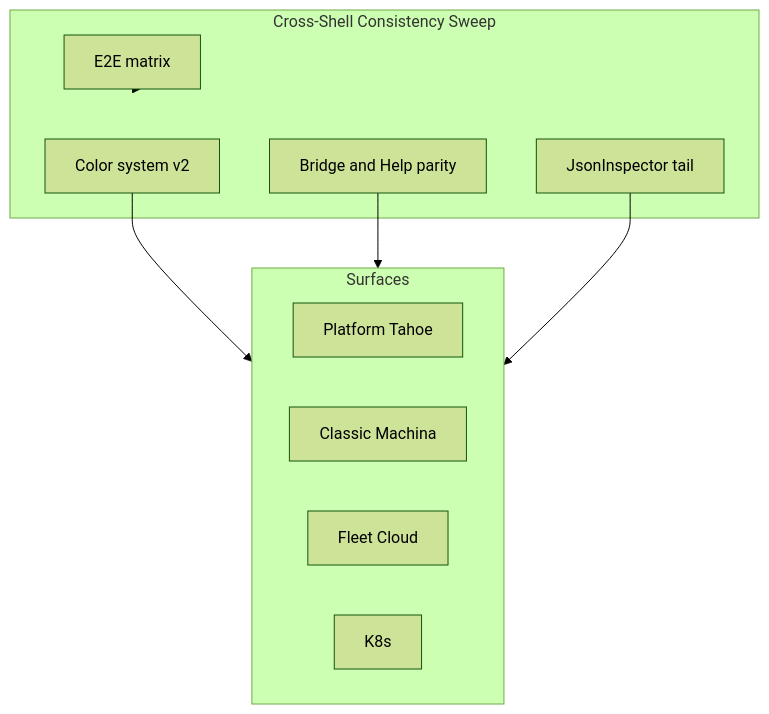
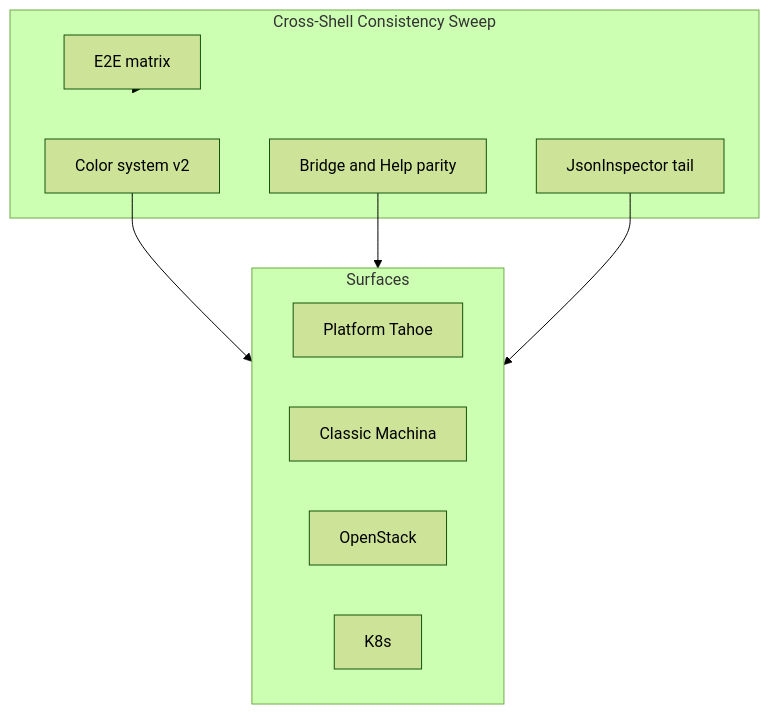
Before and after one commit to thanhan92-f1/machina: the diagram in docs/next-big-sweep.md, drawn with Mermaid (forest theme). The commit also changed other lines of this file and 593 other files, not shown here.

````diff
--- a/docs/next-big-sweep.md
+++ b/docs/next-big-sweep.md
@@ -94,19 +94,19 @@
 ```mermaid
 flowchart TB
   subgraph sweep [Cross-Shell Consistency Sweep]
     C1[Color system v2]
     C2[Bridge and Help parity]
     C3[JsonInspector tail]
     C4[E2E matrix]
   end
   subgraph shells [Surfaces]
     P[Platform Tahoe]
     CL[Classic Machina]
-    OS[Fleet Cloud]
+    OS[OpenStack]
     K8[K8s]
   end
   C1 --> shells
   C2 --> shells
   C3 --> shells
   C4 --> sweep
 ```
````
